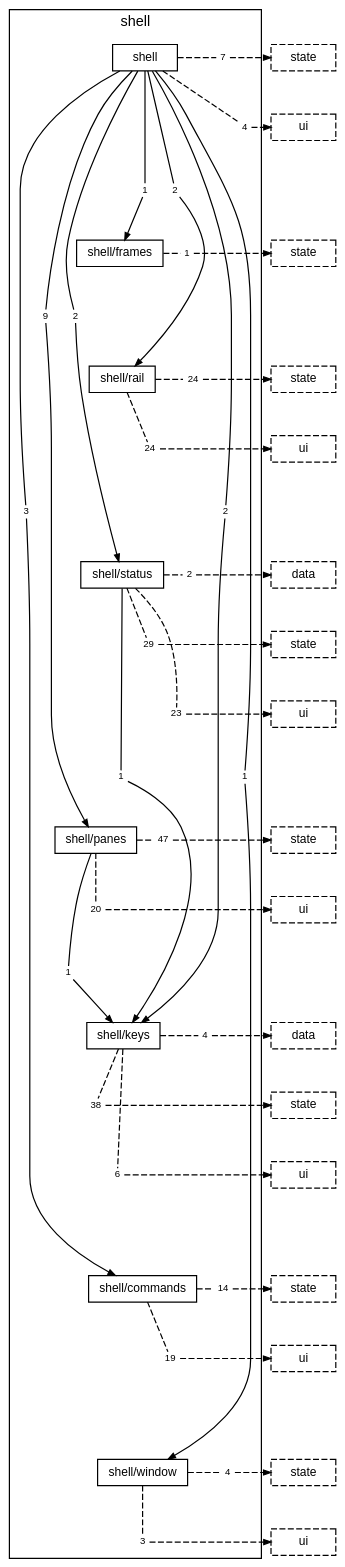
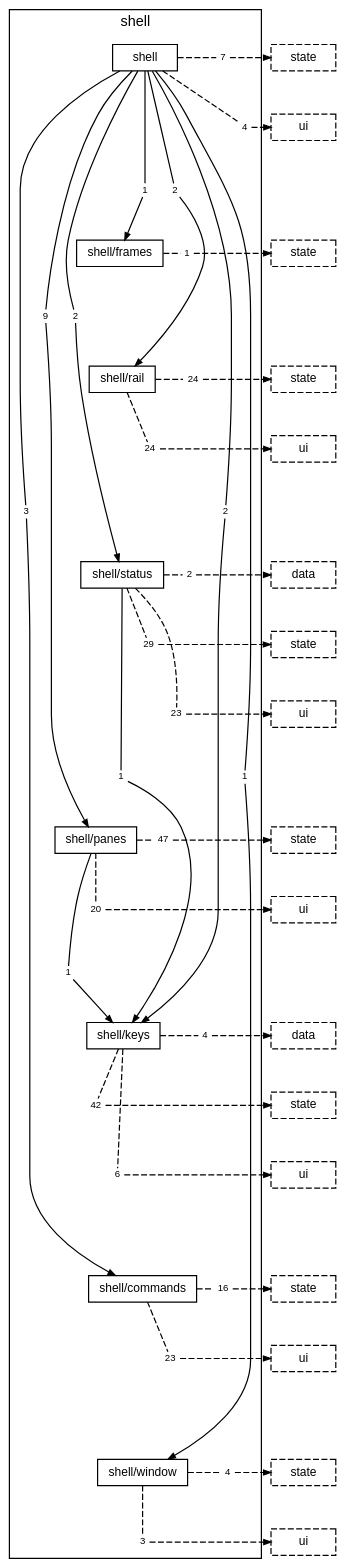
One commit to TheAxeC/oculus changed the diagram in docs/diagrams/layer-shell.dot. Above: the diagram before and after it, drawn with Graphviz. The commit also changed 260 other files, not shown here.

```diff
--- a/docs/diagrams/layer-shell.dot
+++ b/docs/diagrams/layer-shell.dot
@@ -1,135 +1,135 @@
 digraph layer_shell {
     graph [bgcolor="transparent", rankdir=TB, newrank=true, mclimit=4, fontname="Helvetica,Arial,sans-serif", fontsize=12, nodesep=0.2, ranksep=0.5];
     node [shape=box, color="black", fontcolor="black", fontname="Helvetica,Arial,sans-serif", fontsize=10, height=0.3, margin="0.12,0.04"];
     edge [color="black", fontcolor="black", fontname="Helvetica,Arial,sans-serif", fontsize=8, arrowsize=0.6];
     subgraph "cluster_shell" {
         label="shell"; style=solid;
         "folder shell" [label="shell"];
         "folder shell/frames" [label="shell/frames"];
         "folder shell/rail" [label="shell/rail"];
         "folder shell/status" [label="shell/status"];
         "folder shell/panes" [label="shell/panes"];
         "folder shell/keys" [label="shell/keys"];
         "folder shell/commands" [label="shell/commands"];
         "folder shell/window" [label="shell/window"];
         "folder shell to folder shell/commands" [label="3", shape=box, color="transparent", fontsize=8, width=0, height=0, margin="0.04,0.02"];
         "folder shell to folder shell/frames" [label="1", shape=box, color="transparent", fontsize=8, width=0, height=0, margin="0.04,0.02"];
         "folder shell to folder shell/keys" [label="2", shape=box, color="transparent", fontsize=8, width=0, height=0, margin="0.04,0.02"];
         "folder shell to folder shell/panes" [label="9", shape=box, color="transparent", fontsize=8, width=0, height=0, margin="0.04,0.02"];
         "folder shell to folder shell/rail" [label="2", shape=box, color="transparent", fontsize=8, width=0, height=0, margin="0.04,0.02"];
         "folder shell to folder shell/status" [label="2", shape=box, color="transparent", fontsize=8, width=0, height=0, margin="0.04,0.02"];
         "folder shell to folder shell/window" [label="1", shape=box, color="transparent", fontsize=8, width=0, height=0, margin="0.04,0.02"];
         "folder shell to layer state" [label="7", shape=box, color="transparent", fontsize=8, width=0, height=0, margin="0.04,0.02"];
         "folder shell to layer ui" [label="4", shape=box, color="transparent", fontsize=8, width=0, height=0, margin="0.04,0.02"];
         "folder shell/frames to layer state" [label="1", shape=box, color="transparent", fontsize=8, width=0, height=0, margin="0.04,0.02"];
         "folder shell/rail to layer state" [label="24", shape=box, color="transparent", fontsize=8, width=0, height=0, margin="0.04,0.02"];
         "folder shell/rail to layer ui" [label="24", shape=box, color="transparent", fontsize=8, width=0, height=0, margin="0.04,0.02"];
         "folder shell/status to folder shell/keys" [label="1", shape=box, color="transparent", fontsize=8, width=0, height=0, margin="0.04,0.02"];
         "folder shell/status to layer data" [label="2", shape=box, color="transparent", fontsize=8, width=0, height=0, margin="0.04,0.02"];
         "folder shell/status to layer state" [label="29", shape=box, color="transparent", fontsize=8, width=0, height=0, margin="0.04,0.02"];
         "folder shell/status to layer ui" [label="23", shape=box, color="transparent", fontsize=8, width=0, height=0, margin="0.04,0.02"];
         "folder shell/panes to folder shell/keys" [label="1", shape=box, color="transparent", fontsize=8, width=0, height=0, margin="0.04,0.02"];
         "folder shell/panes to layer state" [label="47", shape=box, color="transparent", fontsize=8, width=0, height=0, margin="0.04,0.02"];
         "folder shell/panes to layer ui" [label="20", shape=box, color="transparent", fontsize=8, width=0, height=0, margin="0.04,0.02"];
         "folder shell/keys to layer data" [label="4", shape=box, color="transparent", fontsize=8, width=0, height=0, margin="0.04,0.02"];
-        "folder shell/keys to layer state" [label="38", shape=box, color="transparent", fontsize=8, width=0, height=0, margin="0.04,0.02"];
+        "folder shell/keys to layer state" [label="42", shape=box, color="transparent", fontsize=8, width=0, height=0, margin="0.04,0.02"];
         "folder shell/keys to layer ui" [label="6", shape=box, color="transparent", fontsize=8, width=0, height=0, margin="0.04,0.02"];
-        "folder shell/commands to layer state" [label="14", shape=box, color="transparent", fontsize=8, width=0, height=0, margin="0.04,0.02"];
-        "folder shell/commands to layer ui" [label="19", shape=box, color="transparent", fontsize=8, width=0, height=0, margin="0.04,0.02"];
+        "folder shell/commands to layer state" [label="16", shape=box, color="transparent", fontsize=8, width=0, height=0, margin="0.04,0.02"];
+        "folder shell/commands to layer ui" [label="23", shape=box, color="transparent", fontsize=8, width=0, height=0, margin="0.04,0.02"];
         "folder shell/window to layer state" [label="4", shape=box, color="transparent", fontsize=8, width=0, height=0, margin="0.04,0.02"];
         "folder shell/window to layer ui" [label="3", shape=box, color="transparent", fontsize=8, width=0, height=0, margin="0.04,0.02"];
     }
     "layer state from folder shell" [label="state", style=dashed];
     "layer ui from folder shell" [label="ui", style=dashed];
     "layer state from folder shell/frames" [label="state", style=dashed];
     "layer state from folder shell/rail" [label="state", style=dashed];
     "layer ui from folder shell/rail" [label="ui", style=dashed];
     "layer data from folder shell/status" [label="data", style=dashed];
     "layer state from folder shell/status" [label="state", style=dashed];
     "layer ui from folder shell/status" [label="ui", style=dashed];
     "layer state from folder shell/panes" [label="state", style=dashed];
     "layer ui from folder shell/panes" [label="ui", style=dashed];
     "layer data from folder shell/keys" [label="data", style=dashed];
     "layer state from folder shell/keys" [label="state", style=dashed];
     "layer ui from folder shell/keys" [label="ui", style=dashed];
     "layer state from folder shell/commands" [label="state", style=dashed];
     "layer ui from folder shell/commands" [label="ui", style=dashed];
     "layer state from folder shell/window" [label="state", style=dashed];
     "layer ui from folder shell/window" [label="ui", style=dashed];
     "folder shell" -> "folder shell/frames" [style=invis, weight=10, minlen=3];
     "folder shell/frames" -> "folder shell/rail" [style=invis, weight=10, minlen=2];
     "folder shell/rail" -> "folder shell/status" [style=invis, weight=10, minlen=3];
     "folder shell/status" -> "folder shell/panes" [style=invis, weight=10, minlen=4];
     "folder shell/panes" -> "folder shell/keys" [style=invis, weight=10, minlen=3];
     "folder shell/keys" -> "folder shell/commands" [style=invis, weight=10, minlen=4];
     "folder shell/commands" -> "folder shell/window" [style=invis, weight=10, minlen=3];
     "folder shell" -> "folder shell to folder shell/commands" [arrowhead=none, minlen=7, weight=10];
     "folder shell to folder shell/commands" -> "folder shell/commands" [];
     "folder shell" -> "folder shell to folder shell/frames" [arrowhead=none, minlen=2, weight=10];
     "folder shell to folder shell/frames" -> "folder shell/frames" [];
     "folder shell" -> "folder shell to folder shell/keys" [arrowhead=none, minlen=7, weight=10];
     "folder shell to folder shell/keys" -> "folder shell/keys" [];
     "folder shell" -> "folder shell to folder shell/panes" [arrowhead=none, minlen=4, weight=10];
     "folder shell to folder shell/panes" -> "folder shell/panes" [];
     "folder shell" -> "folder shell to folder shell/rail" [arrowhead=none, minlen=2, weight=10];
     "folder shell to folder shell/rail" -> "folder shell/rail" [];
     "folder shell" -> "folder shell to folder shell/status" [arrowhead=none, minlen=4, weight=10];
     "folder shell to folder shell/status" -> "folder shell/status" [];
     "folder shell" -> "folder shell to folder shell/window" [arrowhead=none, minlen=11, weight=10];
     "folder shell to folder shell/window" -> "folder shell/window" [];
     "folder shell" -> "folder shell to layer state" [arrowhead=none, style=dashed];
     "folder shell to layer state" -> "layer state from folder shell" [style=dashed];
     { rank=same; "folder shell"; "folder shell to layer state"; "layer state from folder shell"; }
     "folder shell" -> "folder shell to layer ui" [arrowhead=none, style=dashed, minlen=1, weight=10];
     "folder shell to layer ui" -> "layer ui from folder shell" [style=dashed];
     { rank=same; "folder shell to layer ui"; "layer ui from folder shell"; }
     "folder shell/frames" -> "folder shell/frames to layer state" [arrowhead=none, style=dashed];
     "folder shell/frames to layer state" -> "layer state from folder shell/frames" [style=dashed];
     { rank=same; "folder shell/frames"; "folder shell/frames to layer state"; "layer state from folder shell/frames"; }
     "folder shell/rail" -> "folder shell/rail to layer state" [arrowhead=none, style=dashed];
     "folder shell/rail to layer state" -> "layer state from folder shell/rail" [style=dashed];
     { rank=same; "folder shell/rail"; "folder shell/rail to layer state"; "layer state from folder shell/rail"; }
     "folder shell/rail" -> "folder shell/rail to layer ui" [arrowhead=none, style=dashed, minlen=1, weight=10];
     "folder shell/rail to layer ui" -> "layer ui from folder shell/rail" [style=dashed];
     { rank=same; "folder shell/rail to layer ui"; "layer ui from folder shell/rail"; }
     "folder shell/status" -> "folder shell/status to folder shell/keys" [arrowhead=none, minlen=3, weight=10];
     "folder shell/status to folder shell/keys" -> "folder shell/keys" [];
     "folder shell/status" -> "folder shell/status to layer data" [arrowhead=none, style=dashed];
     "folder shell/status to layer data" -> "layer data from folder shell/status" [style=dashed];
     { rank=same; "folder shell/status"; "folder shell/status to layer data"; "layer data from folder shell/status"; }
     "folder shell/status" -> "folder shell/status to layer state" [arrowhead=none, style=dashed, minlen=1, weight=10];
     "folder shell/status to layer state" -> "layer state from folder shell/status" [style=dashed];
     { rank=same; "folder shell/status to layer state"; "layer state from folder shell/status"; }
     "folder shell/status" -> "folder shell/status to layer ui" [arrowhead=none, style=dashed, minlen=2, weight=10];
     "folder shell/status to layer ui" -> "layer ui from folder shell/status" [style=dashed];
     { rank=same; "folder shell/status to layer ui"; "layer ui from folder shell/status"; }
     "folder shell/panes" -> "folder shell/panes to folder shell/keys" [arrowhead=none, minlen=2, weight=10];
     "folder shell/panes to folder shell/keys" -> "folder shell/keys" [];
     "folder shell/panes" -> "folder shell/panes to layer state" [arrowhead=none, style=dashed];
     "folder shell/panes to layer state" -> "layer state from folder shell/panes" [style=dashed];
     { rank=same; "folder shell/panes"; "folder shell/panes to layer state"; "layer state from folder shell/panes"; }
     "folder shell/panes" -> "folder shell/panes to layer ui" [arrowhead=none, style=dashed, minlen=1, weight=10];
     "folder shell/panes to layer ui" -> "layer ui from folder shell/panes" [style=dashed];
     { rank=same; "folder shell/panes to layer ui"; "layer ui from folder shell/panes"; }
     "folder shell/keys" -> "folder shell/keys to layer data" [arrowhead=none, style=dashed];
     "folder shell/keys to layer data" -> "layer data from folder shell/keys" [style=dashed];
     { rank=same; "folder shell/keys"; "folder shell/keys to layer data"; "layer data from folder shell/keys"; }
     "folder shell/keys" -> "folder shell/keys to layer state" [arrowhead=none, style=dashed, minlen=1, weight=10];
     "folder shell/keys to layer state" -> "layer state from folder shell/keys" [style=dashed];
     { rank=same; "folder shell/keys to layer state"; "layer state from folder shell/keys"; }
     "folder shell/keys" -> "folder shell/keys to layer ui" [arrowhead=none, style=dashed, minlen=2, weight=10];
     "folder shell/keys to layer ui" -> "layer ui from folder shell/keys" [style=dashed];
     { rank=same; "folder shell/keys to layer ui"; "layer ui from folder shell/keys"; }
     "folder shell/commands" -> "folder shell/commands to layer state" [arrowhead=none, style=dashed];
     "folder shell/commands to layer state" -> "layer state from folder shell/commands" [style=dashed];
     { rank=same; "folder shell/commands"; "folder shell/commands to layer state"; "layer state from folder shell/commands"; }
     "folder shell/commands" -> "folder shell/commands to layer ui" [arrowhead=none, style=dashed, minlen=1, weight=10];
     "folder shell/commands to layer ui" -> "layer ui from folder shell/commands" [style=dashed];
     { rank=same; "folder shell/commands to layer ui"; "layer ui from folder shell/commands"; }
     "folder shell/window" -> "folder shell/window to layer state" [arrowhead=none, style=dashed];
     "folder shell/window to layer state" -> "layer state from folder shell/window" [style=dashed];
     { rank=same; "folder shell/window"; "folder shell/window to layer state"; "layer state from folder shell/window"; }
     "folder shell/window" -> "folder shell/window to layer ui" [arrowhead=none, style=dashed, minlen=1, weight=10];
     "folder shell/window to layer ui" -> "layer ui from folder shell/window" [style=dashed];
     { rank=same; "folder shell/window to layer ui"; "layer ui from folder shell/window"; }
 }
```
